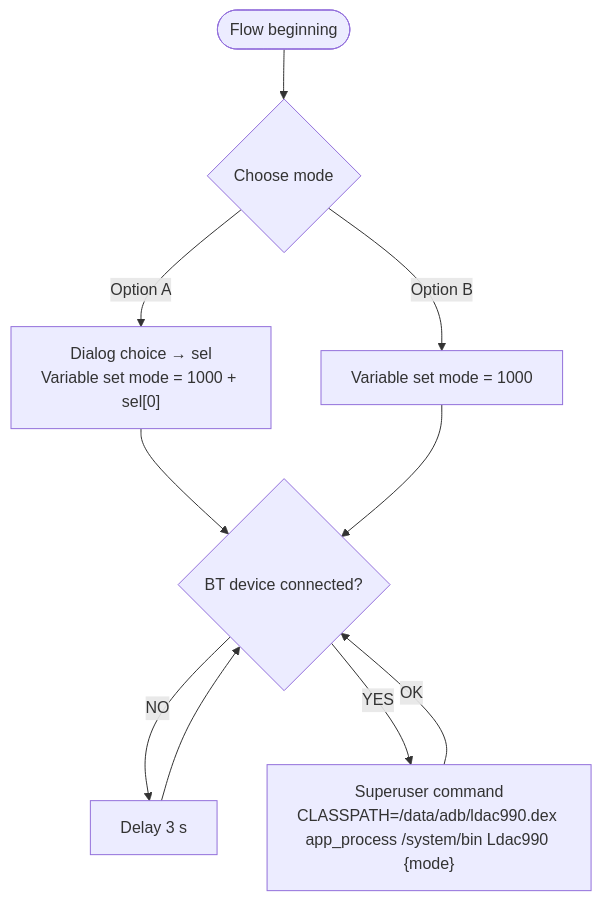
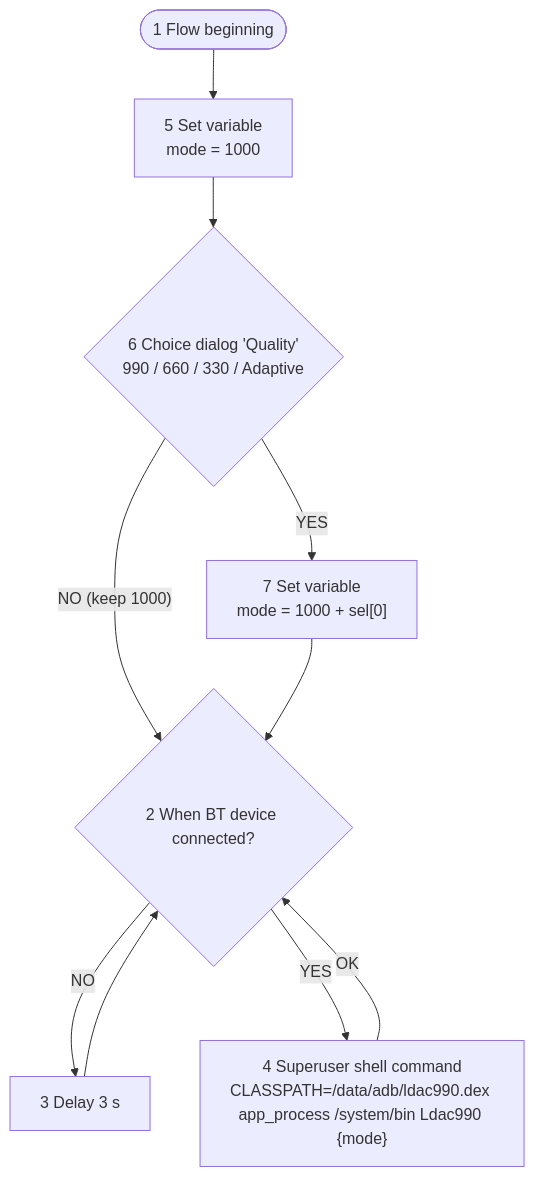
The diagram in README.md (omer-1080314/android-bt-codec-switch), drawn with Mermaid before and after one commit. The commit also changed other lines of this file, not shown here.

Commit message:
README: flow 54032 as main, exact block-numbered flowchart and steps

````diff
--- a/README.md
+++ b/README.md
@@ -80,12 +68,12 @@
 ```mermaid
 flowchart TD
-    A([Flow beginning]) --> B{Choose mode}
-    B -->|Option A| C["Dialog choice → sel<br/>Variable set mode = 1000 + sel[0]"]
-    B -->|Option B| D["Variable set mode = 1000"]
-    C --> E{BT device connected?}
-    D --> E
-    E -->|NO| F[Delay 3 s]
-    F --> E
-    E -->|YES| G["Superuser command<br/>CLASSPATH=/data/adb/ldac990.dex app_process /system/bin Ldac990 {mode}"]
-    G -->|OK| E
+    B1(["1 Flow beginning"]) --> B5["5 Set variable<br/>mode = 1000"]
+    B5 --> B6{"6 Choice dialog 'Quality'<br/>990 / 660 / 330 / Adaptive"}
+    B6 -->|YES| B7["7 Set variable<br/>mode = 1000 + sel[0]"]
+    B6 -->|"NO (keep 1000)"| B2
+    B7 --> B2{"2 When BT device connected?"}
+    B2 -->|NO| B3["3 Delay 3 s"]
+    B3 --> B2
+    B2 -->|YES| B4["4 Superuser shell command<br/>CLASSPATH=/data/adb/ldac990.dex app_process /system/bin Ldac990 {mode}"]
+    B4 -->|OK| B2
 ```
````
